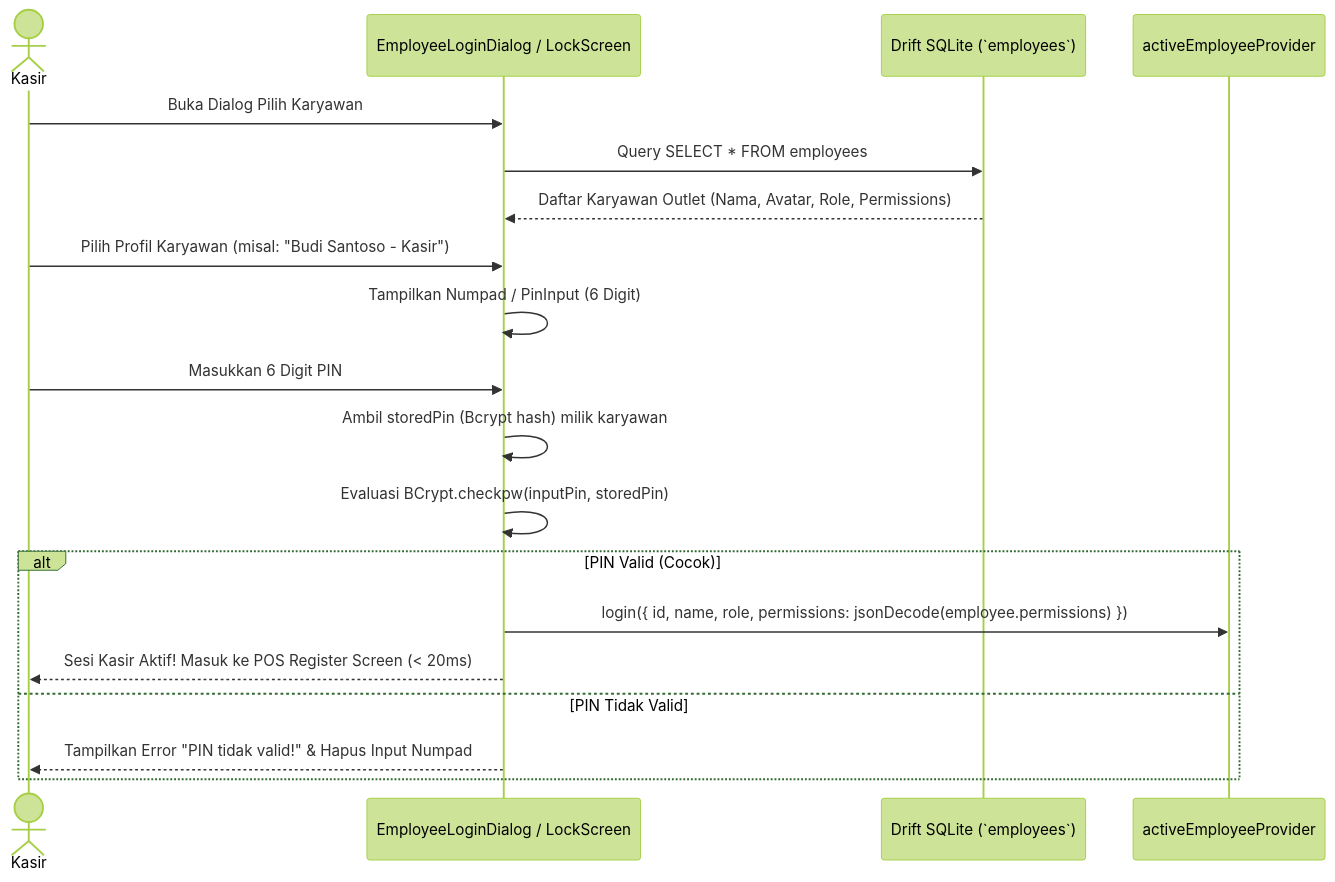
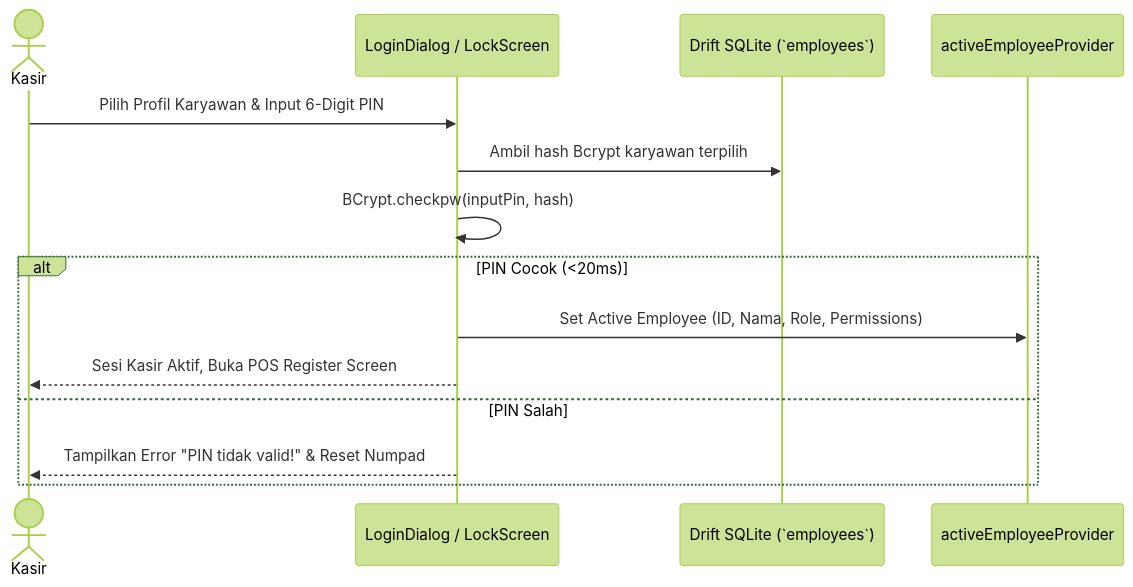
The third of 3 diagrams in prd/PRD Transaksi - Channel POS V1.2 Initial Master Data, Hardware Printer & Core Register Screens.md (whykrr/sollu-app), drawn with Mermaid (forest theme) before and after one commit. The commit also changed other lines of this file and 6 other files, not shown here.

````diff
--- a/prd/PRD Transaksi - Channel POS V1.2 Initial Master Data, Hardware Printer & Core Register Screens.md
+++ b/prd/PRD Transaksi - Channel POS V1.2 Initial Master Data, Hardware Printer & Core Register Screens.md
@@ -181,24 +143,17 @@
 ```mermaid
 sequenceDiagram
     actor Cashier as Kasir
-    participant Dialog as EmployeeLoginDialog / LockScreen
+    participant Dialog as LoginDialog / LockScreen
     participant DB as Drift SQLite (`employees`)
-    participant State as activeEmployeeProvider
+    participant Session as activeEmployeeProvider
 
-    Cashier->>Dialog: Buka Dialog Pilih Karyawan
-    Dialog->>DB: Query SELECT * FROM employees
-    DB-->>Dialog: Daftar Karyawan Outlet (Nama, Avatar, Role, Permissions)
-    Cashier->>Dialog: Pilih Profil Karyawan (misal: "Budi Santoso - Kasir")
-    Dialog->>Dialog: Tampilkan Numpad / PinInput (6 Digit)
-    Cashier->>Dialog: Masukkan 6 Digit PIN
-
-    Dialog->>Dialog: Ambil storedPin (Bcrypt hash) milik karyawan
-    Dialog->>Dialog: Evaluasi BCrypt.checkpw(inputPin, storedPin)
-    
-    alt PIN Valid (Cocok)
-        Dialog->>State: login({ id, name, role, permissions: jsonDecode(employee.permissions) })
-        Dialog-->>Cashier: Sesi Kasir Aktif! Masuk ke POS Register Screen (< 20ms)
-    else PIN Tidak Valid
-        Dialog-->>Cashier: Tampilkan Error "PIN tidak valid!" & Hapus Input Numpad
+    Cashier->>Dialog: Pilih Profil Karyawan & Input 6-Digit PIN
+    Dialog->>DB: Ambil hash Bcrypt karyawan terpilih
+    Dialog->>Dialog: BCrypt.checkpw(inputPin, hash)
+    alt PIN Cocok (<20ms)
+        Dialog->>Session: Set Active Employee (ID, Nama, Role, Permissions)
+        Dialog-->>Cashier: Sesi Kasir Aktif, Buka POS Register Screen
+    else PIN Salah
+        Dialog-->>Cashier: Tampilkan Error "PIN tidak valid!" & Reset Numpad
     end
 ```
````
